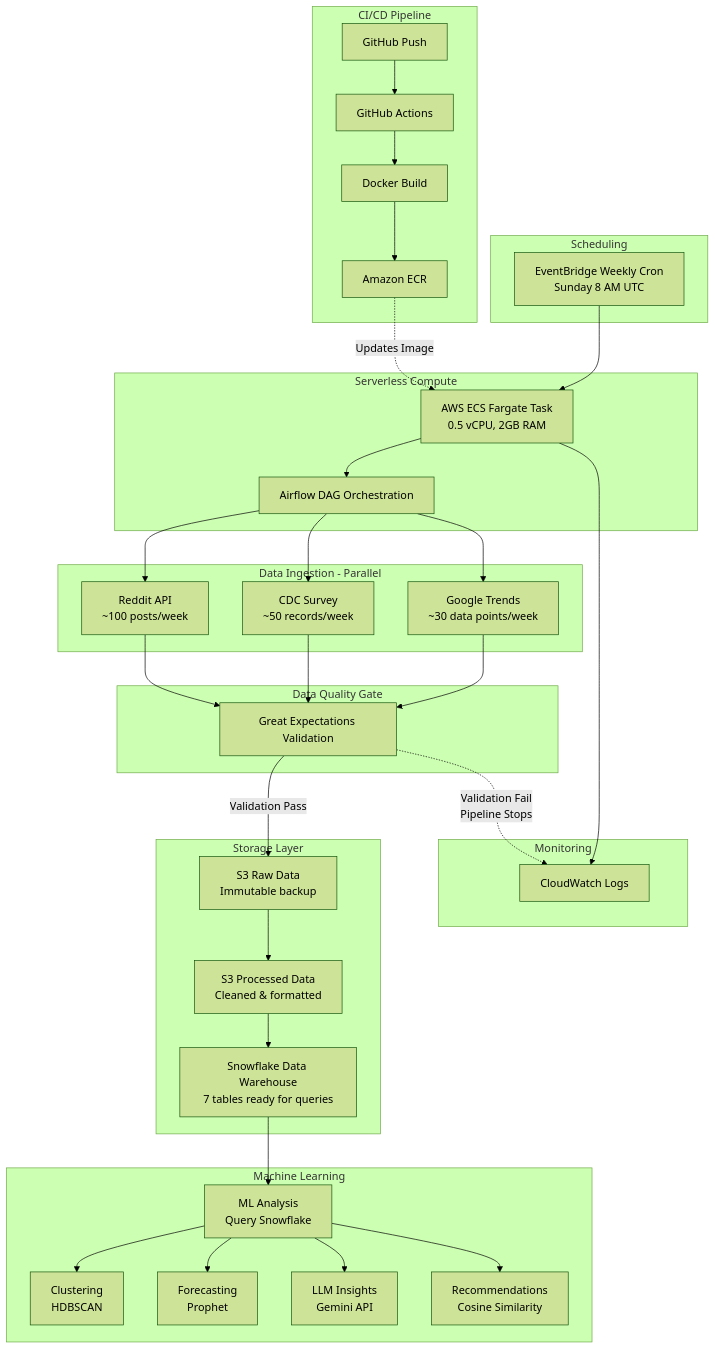
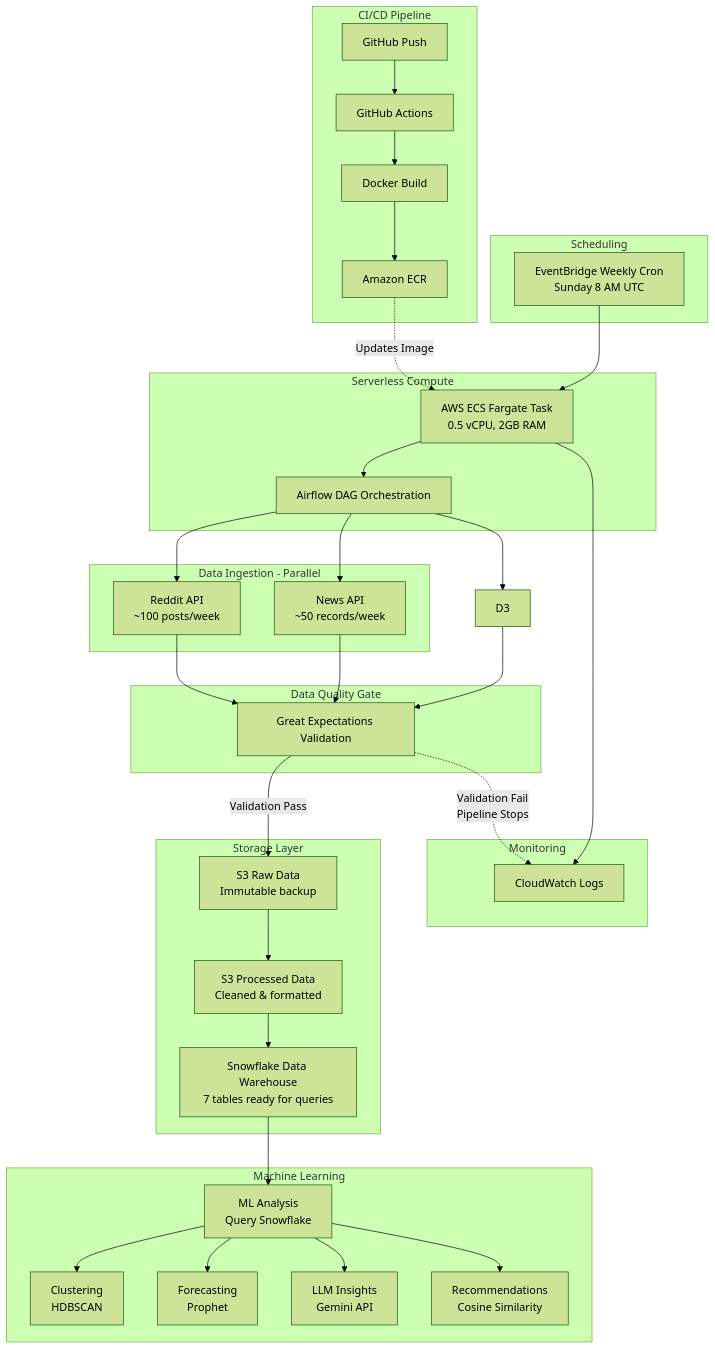
The diagram in README.md (atremante26/Mental_Health_Project), drawn with Mermaid (forest theme) before and after one commit.

````diff
--- a/README.md
+++ b/README.md
@@ -82,75 +82,74 @@
 ```mermaid
 graph TB
     subgraph trigger["Scheduling"]
         A[EventBridge Weekly Cron<br/>Sunday 8 AM UTC]
     end
     
     subgraph compute["Serverless Compute"]
         B[AWS ECS Fargate Task<br/>0.5 vCPU, 2GB RAM]
         C[Airflow DAG Orchestration]
     end
     
     subgraph ingestion["Data Ingestion - Parallel"]
         D1[Reddit API<br/>~100 posts/week]
-        D2[CDC Survey<br/>~50 records/week]
-        D3[Google Trends<br/>~30 data points/week]
+        D2[News API<br/>~50 records/week]
     end
     
     subgraph validation["Data Quality Gate"]
         E[Great Expectations Validation]
     end
     
     subgraph storage["Storage Layer"]
         F[S3 Raw Data<br/>Immutable backup]
         G[S3 Processed Data<br/>Cleaned & formatted]
         H[Snowflake Data Warehouse<br/>7 tables ready for queries]
     end
     
     subgraph ml["Machine Learning"]
         I[ML Analysis<br/>Query Snowflake]
         J1[Clustering<br/>HDBSCAN]
         J2[Forecasting<br/>Prophet]
         J3[LLM Insights<br/>Gemini API]
         J4[Recommendations<br/>Cosine Similarity]
     end
     
     subgraph cicd["CI/CD Pipeline"]
         K[GitHub Push]
         L[GitHub Actions]
         M[Docker Build]
         N[Amazon ECR]
     end
     
     subgraph monitoring["Monitoring"]
         O[CloudWatch Logs]
     end
     
     A --> B
     B --> C
     C --> D1
     C --> D2
     C --> D3
     
     D1 --> E
     D2 --> E
     D3 --> E
     
     E -->|Validation Pass| F
     E -.->|Validation Fail<br/>Pipeline Stops| O
     
     F --> G
     G --> H
     
     H --> I
     I --> J1
     I --> J2
     I --> J3
     I --> J4
     
     K --> L
     L --> M
     M --> N
     N -.->|Updates Image| B
     
     B --> O
 ```
````
